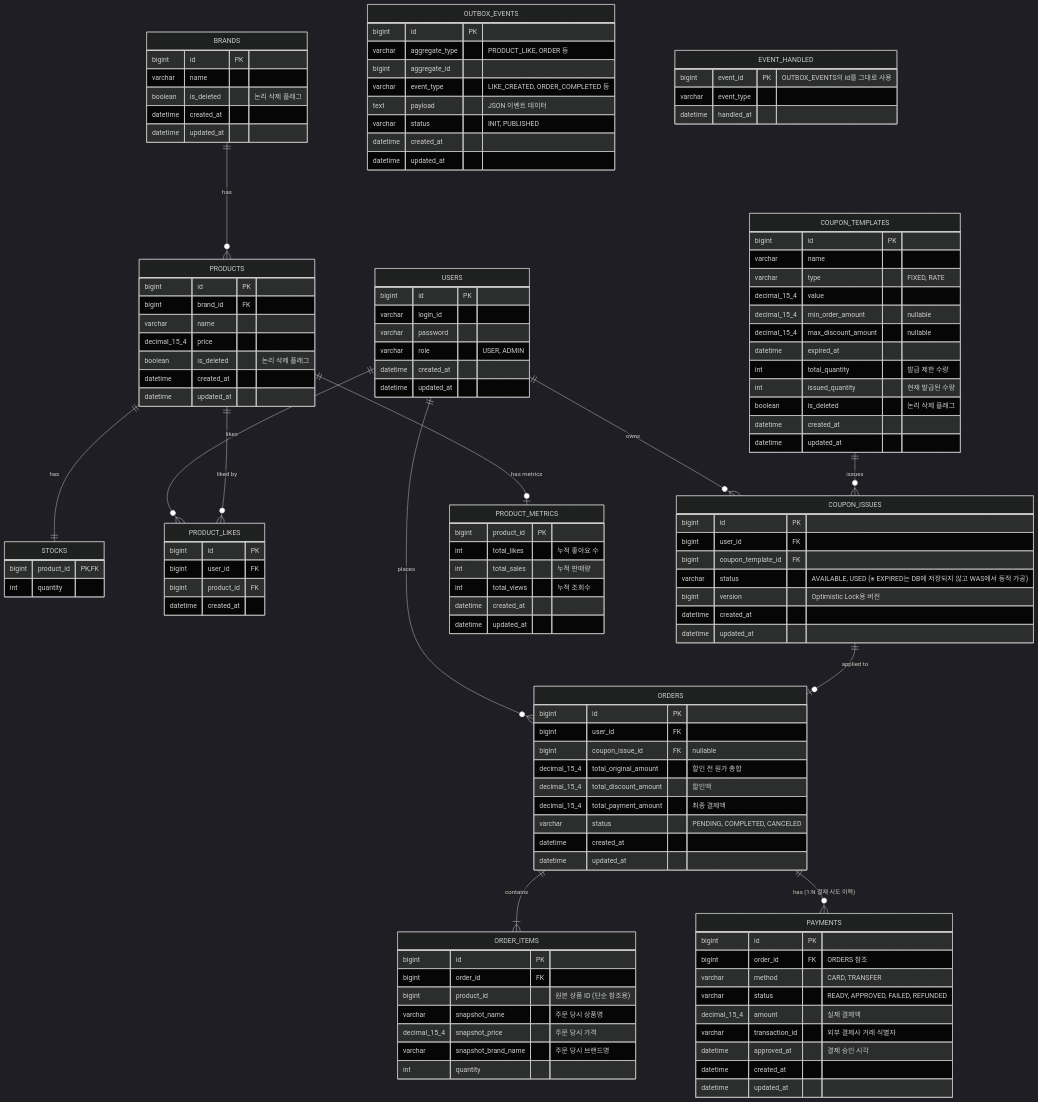
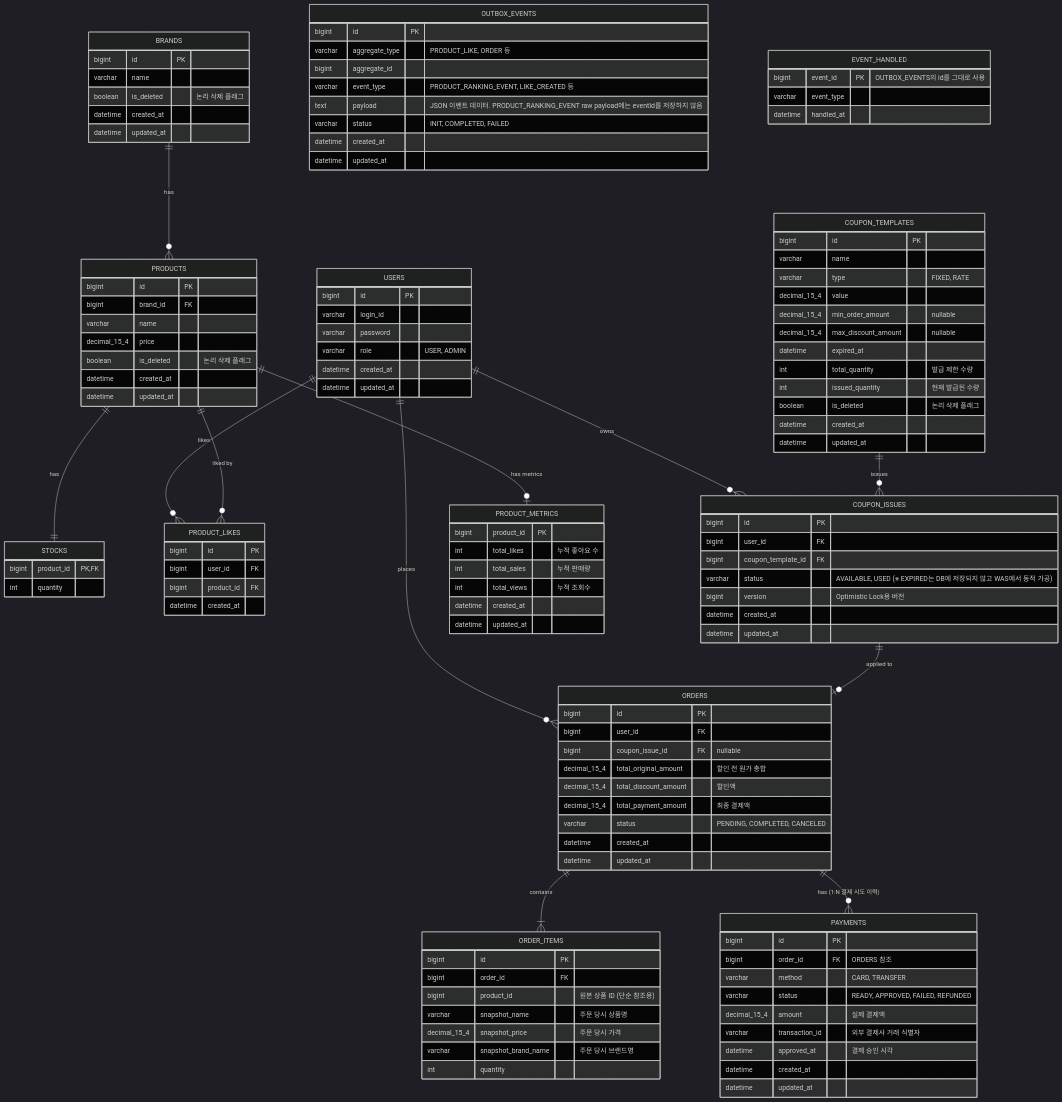
One commit to eelseungmin/loop-pack-be-l2-vol4-java changed the diagram in docs/week2/04-erd.md. Above: the diagram before and after it, drawn with Mermaid (dark theme). The commit also changed 5 other files, not shown here.

```diff
--- a/docs/week2/04-erd.md
+++ b/docs/week2/04-erd.md
@@ -104,9 +104,9 @@
         bigint id PK
         varchar aggregate_type "PRODUCT_LIKE, ORDER 등"
         bigint aggregate_id
-        varchar event_type "LIKE_CREATED, ORDER_COMPLETED 등"
-        text payload "JSON 이벤트 데이터"
-        varchar status "INIT, PUBLISHED"
+        varchar event_type "PRODUCT_RANKING_EVENT, LIKE_CREATED 등"
+        text payload "JSON 이벤트 데이터. PRODUCT_RANKING_EVENT raw payload에는 eventId를 저장하지 않음"
+        varchar status "INIT, COMPLETED, FAILED"
         datetime created_at
         datetime updated_at
     }
```
